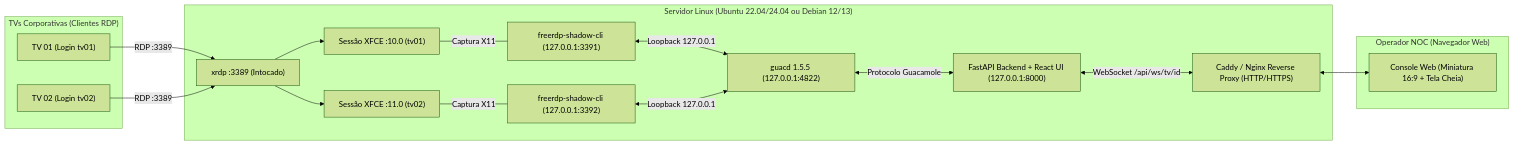
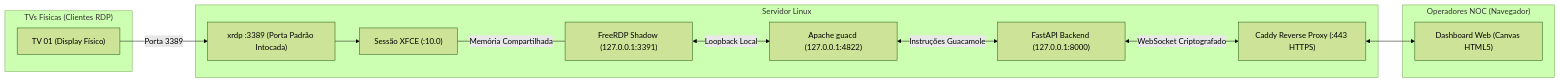
One commit to JoseVitor-net/panel-web-server-XRDP changed the diagram in README.md. Above: the diagram before and after it, drawn with Mermaid (forest theme). The commit also changed other lines of this file, not shown here.

````diff
--- a/README.md
+++ b/README.md
@@ -52,30 +167,25 @@
 ```mermaid
 flowchart LR
-    subgraph TV["TVs Corporativas (Clientes RDP)"]
-        TV1["TV 01 (Login tv01)"]
-        TV2["TV 02 (Login tv02)"]
+    subgraph TVs["TVs Físicas (Clientes RDP)"]
+        TV1["TV 01 (Display Físico)"]
     end
 
-    subgraph Host["Servidor Linux (Ubuntu 22.04/24.04 ou Debian 12/13)"]
-        XRDP["xrdp :3389 (Intocado)"]
-        X11_1["Sessão XFCE :10.0 (tv01)"]
-        X11_2["Sessão XFCE :11.0 (tv02)"]
-        SH1["freerdp-shadow-cli (127.0.0.1:3391)"]
-        SH2["freerdp-shadow-cli (127.0.0.1:3392)"]
-        GUACD["guacd 1.5.5 (127.0.0.1:4822)"]
-        API["FastAPI Backend + React UI (127.0.0.1:8000)"]
-        PROXY["Caddy / Nginx Reverse Proxy (HTTP/HTTPS)"]
+    subgraph Linux["Servidor Linux"]
+        XRDP["xrdp :3389 (Porta Padrão Intocada)"]
+        X11["Sessão XFCE (:10.0)"]
+        SHADOW["FreeRDP Shadow (127.0.0.1:3391)"]
+        GUACD["Apache guacd (127.0.0.1:4822)"]
+        API["FastAPI Backend (127.0.0.1:8000)"]
+        CADDY["Caddy Reverse Proxy (:443 HTTPS)"]
     end
 
-    subgraph Operador["Operador NOC (Navegador Web)"]
-        WEB["Console Web (Miniatura 16:9 + Tela Cheia)"]
+    subgraph Browser["Operadores NOC (Navegador)"]
+        CLIENT["Dashboard Web (Canvas HTML5)"]
     end
 
-    TV1 -->|RDP :3389| XRDP --> X11_1
-    TV2 -->|RDP :3389| XRDP --> X11_2
-    X11_1 ---|Captura X11| SH1
-    X11_2 ---|Captura X11| SH2
-    SH1 & SH2 <-->|Loopback 127.0.0.1| GUACD
-    GUACD <-->|Protocolo Guacamole| API
-    API <-->|WebSocket /api/ws/tv/id| PROXY <--> WEB
+    TV1 -->|Porta 3389| XRDP --> X11
+    X11 ---|Memória Compartilhada| SHADOW
+    SHADOW <-->|Loopback Local| GUACD
+    GUACD <-->|Instruções Guacamole| API
+    API <-->|WebSocket Criptografado| CADDY <--> CLIENT
 ```
````
